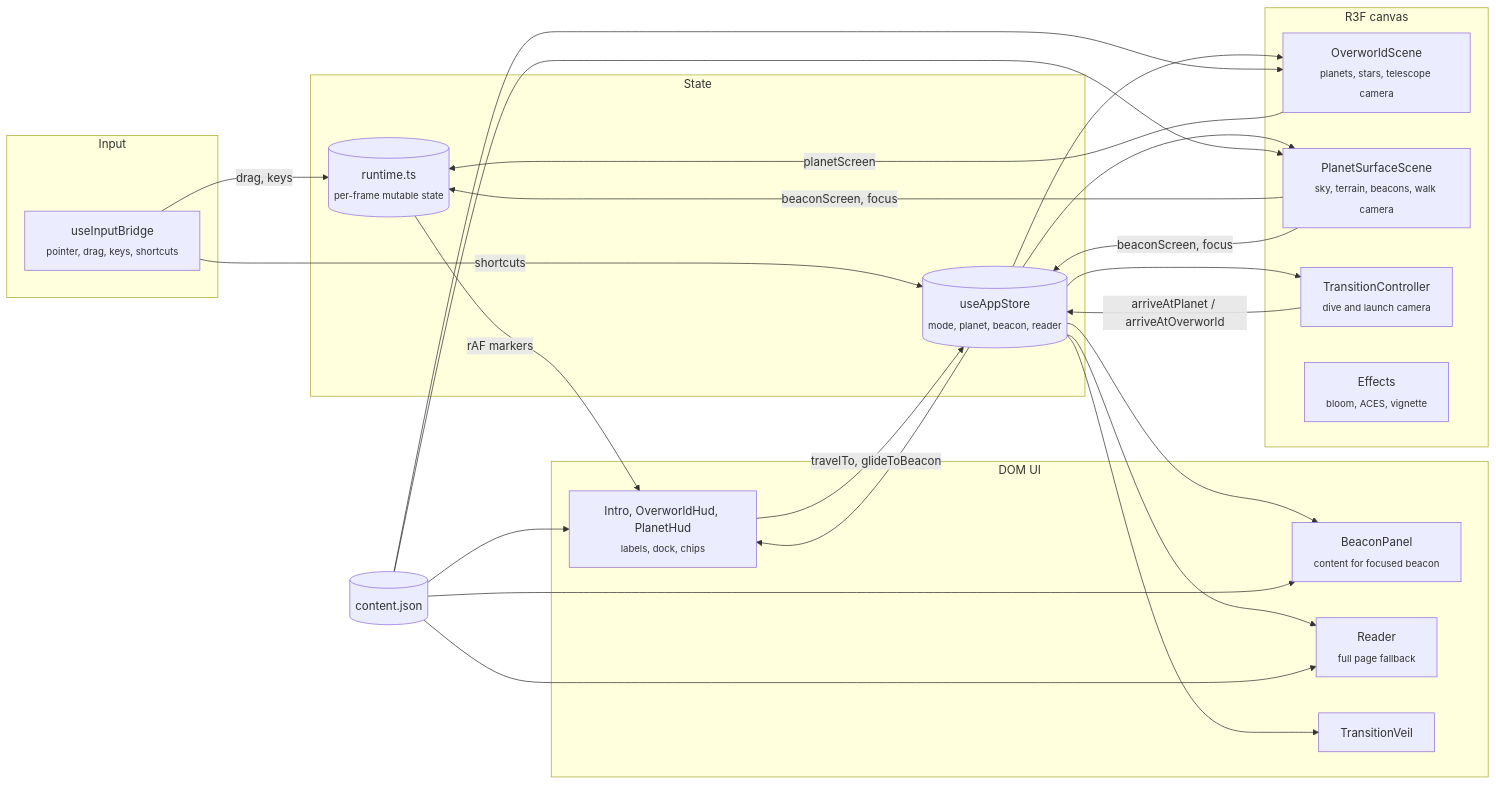
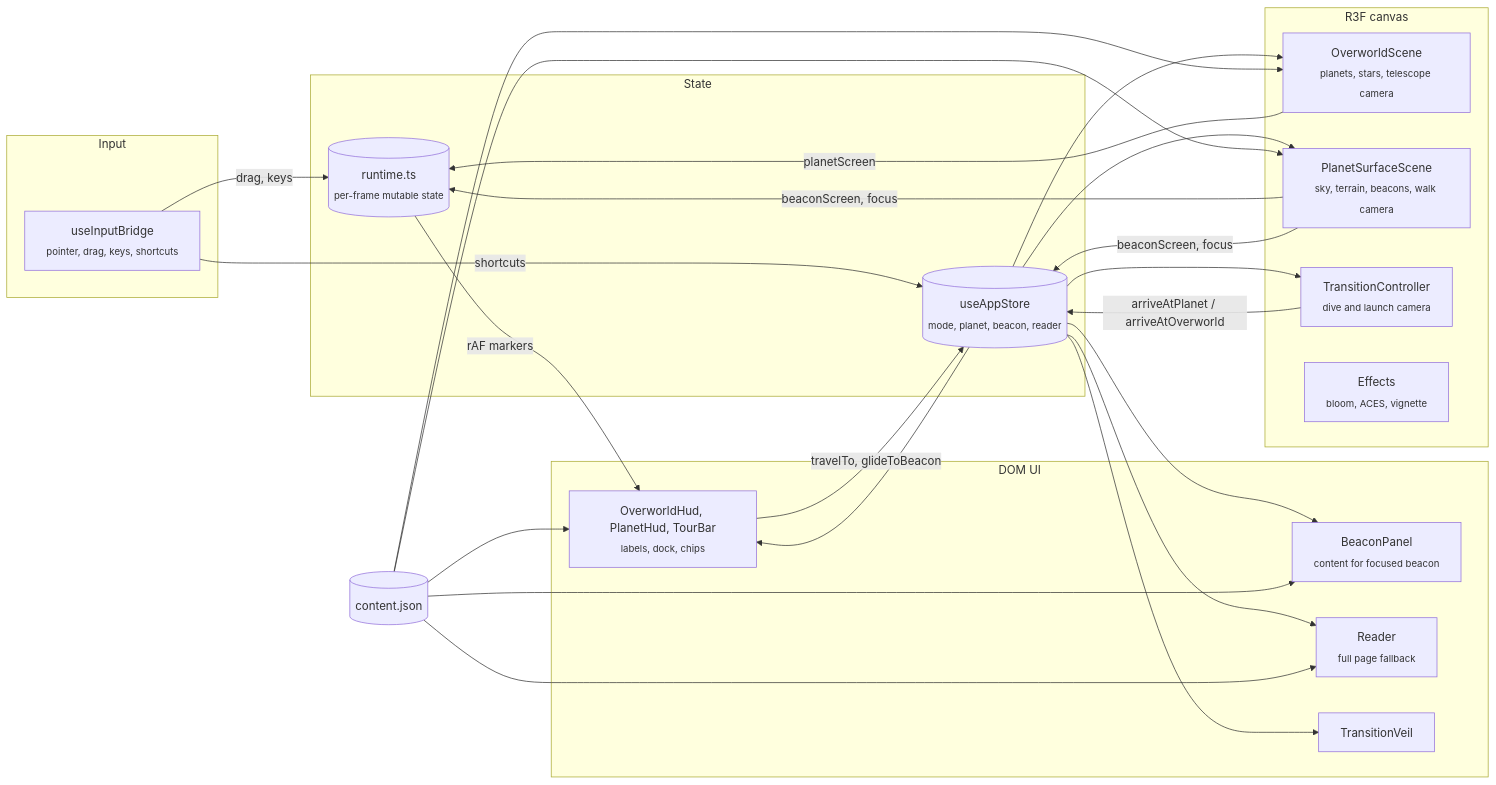
One commit to teddycitrus/portfolio changed the first of 2 diagrams in README.md. Above: the diagram before and after it, drawn with Mermaid. The commit also changed other lines of this file and 24 other files, not shown here.

````diff
--- a/README.md
+++ b/README.md
@@ -19,33 +19,33 @@
 ```mermaid
 flowchart LR
   subgraph Input
     bridge["useInputBridge<br/><sub>pointer, drag, keys, shortcuts</sub>"]
   end
   subgraph State
     store[("useAppStore<br/><sub>mode, planet, beacon, reader</sub>")]
     runtime[("runtime.ts<br/><sub>per-frame mutable state</sub>")]
   end
   subgraph Canvas["R3F canvas"]
     overworld["OverworldScene<br/><sub>planets, stars, telescope camera</sub>"]
     surface["PlanetSurfaceScene<br/><sub>sky, terrain, beacons, walk camera</sub>"]
     transition["TransitionController<br/><sub>dive and launch camera</sub>"]
     fx["Effects<br/><sub>bloom, ACES, vignette</sub>"]
   end
   subgraph DOM["DOM UI"]
-    hud["Intro, OverworldHud, PlanetHud<br/><sub>labels, dock, chips</sub>"]
+    hud["OverworldHud, PlanetHud, TourBar<br/><sub>labels, dock, chips</sub>"]
     panel["BeaconPanel<br/><sub>content for focused beacon</sub>"]
     reader["Reader<br/><sub>full page fallback</sub>"]
     veil["TransitionVeil"]
   end
   content[("content.json")]
 
   bridge -->|"drag, keys"| runtime
   bridge -->|"shortcuts"| store
   store --> overworld & surface & transition & hud & panel & reader & veil
   overworld -->|"planetScreen"| runtime
   surface -->|"beaconScreen, focus"| runtime & store
   runtime -->|"rAF markers"| hud
   content --> overworld & surface & hud & panel & reader
   hud -->|"travelTo, glideToBeacon"| store
   transition -->|"arriveAtPlanet / arriveAtOverworld"| store
 ```
````
